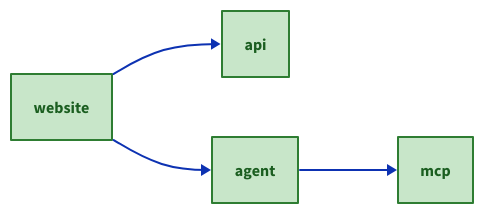
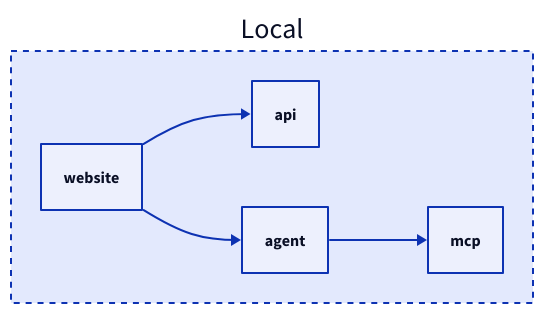
Before and after one commit to awslabs/nx-plugin-for-aws: the second of 2 diagrams in docs/src/content/docs/it/guides/local-development.mdx, drawn with D2. The commit also changed other lines of this file and 5 other files, not shown here.

Commit message:
docs(connection): fix incomplete translations of Local Development diagram updates

````diff
--- a/docs/src/content/docs/it/guides/local-development.mdx
+++ b/docs/src/content/docs/it/guides/local-development.mdx
@@ -49,28 +50,15 @@
 ```d2
 direction: right
 
-website: website {
-  style.fill: "#c8e6c9"
-  style.stroke: "#2e7d32"
-  style.font-color: "#1b5e20"
+local: Local {
+  style.stroke-dash: 3
+  website: website
+  api: api
+  agent: agent
+  mcp: mcp
+
+  website -> api
+  website -> agent
+  agent -> mcp
 }
-api: api {
-  style.fill: "#c8e6c9"
-  style.stroke: "#2e7d32"
-  style.font-color: "#1b5e20"
-}
-agent: agent {
-  style.fill: "#c8e6c9"
-  style.stroke: "#2e7d32"
-  style.font-color: "#1b5e20"
-}
-mcp: mcp {
-  style.fill: "#c8e6c9"
-  style.stroke: "#2e7d32"
-  style.font-color: "#1b5e20"
-}
-
-website -> api
-website -> agent
-agent -> mcp
 ```
````
